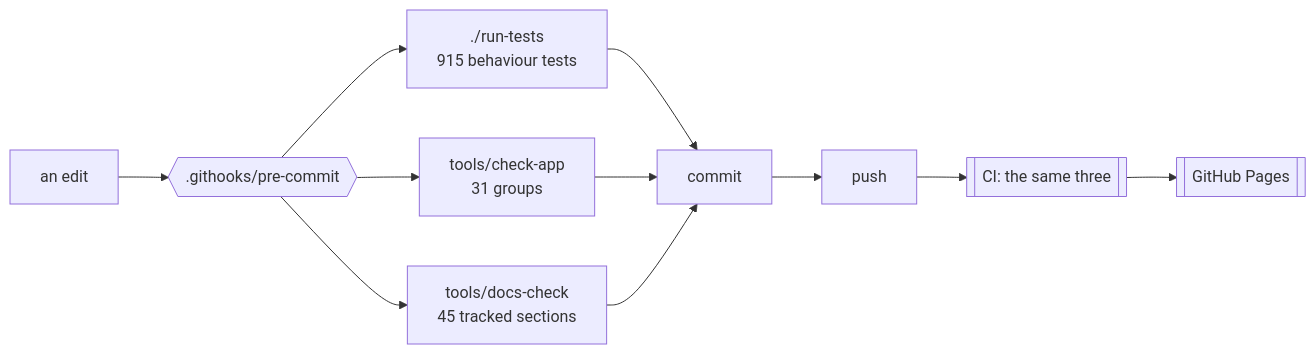
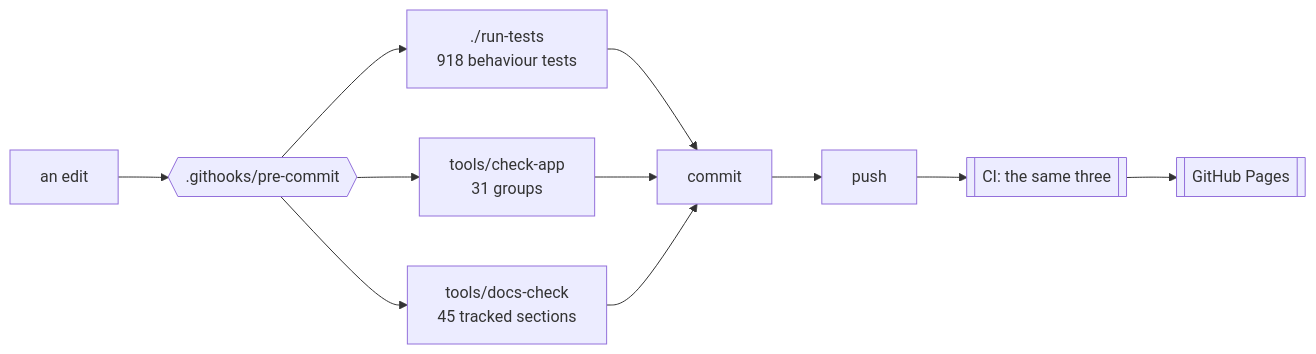
Before and after one commit to minormending/crystal-pilot-mobile: the first of 3 diagrams in docs/DEVELOPING.md, drawn with Mermaid. The commit also changed other lines of this file and 4 other files, not shown here.

First line of the commit message:
The type chart verifier was asserting in English

````diff
--- a/docs/DEVELOPING.md
+++ b/docs/DEVELOPING.md
@@ -15,12 +15,12 @@
 ```mermaid
 flowchart LR
     E[an edit] --> H{{".githooks/pre-commit"}}
-    H --> T["./run-tests<br/>915 behaviour tests"]
+    H --> T["./run-tests<br/>918 behaviour tests"]
     H --> C["tools/check-app<br/>31 groups"]
     H --> D["tools/docs-check<br/>45 tracked sections"]
     T --> OK[commit]
     C --> OK
     D --> OK
     OK --> P[push] --> CI[["CI: the same three"]]
     CI --> PG[[GitHub Pages]]
 ```
````
